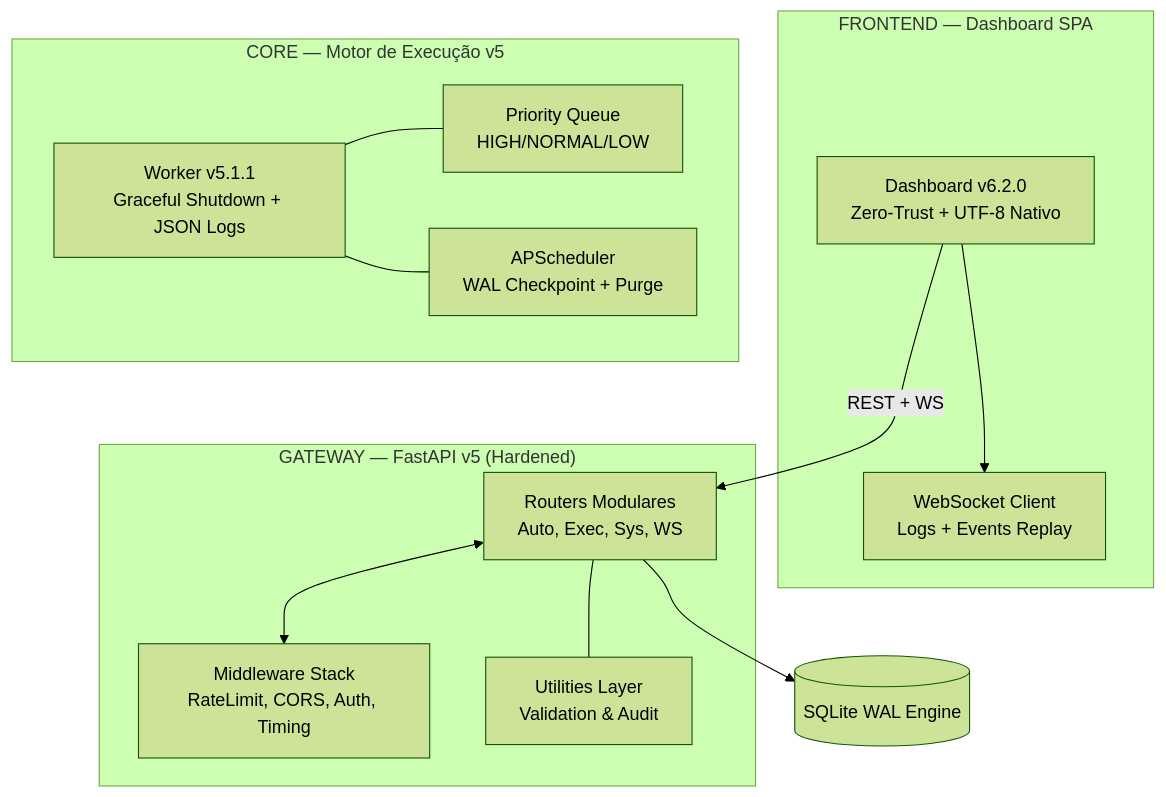
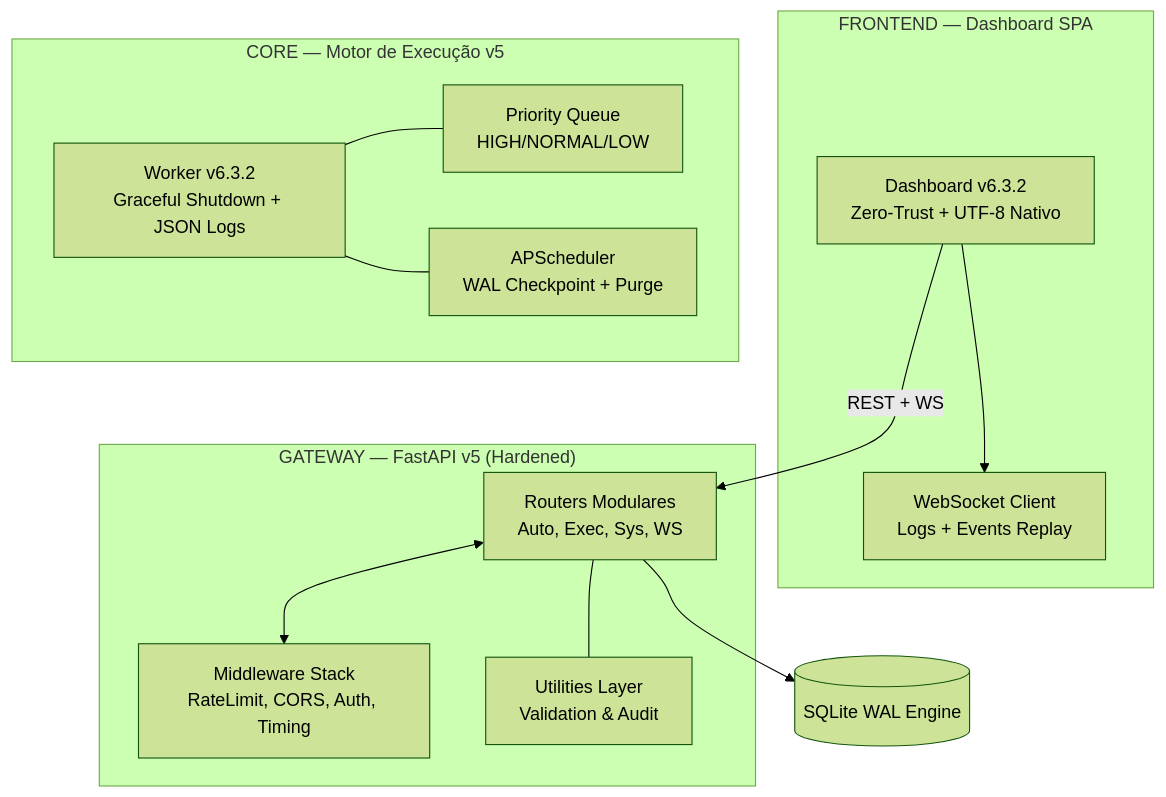
The diagram in README.md (GabrielDiasNN/Automacoes-CR), drawn with Mermaid (forest theme) before and after one commit. The commit also changed other lines of this file and 23 other files, not shown here.

````diff
--- a/README.md
+++ b/README.md
@@ -7,27 +7,27 @@
 ```mermaid
 graph TD
     subgraph "FRONTEND — Dashboard SPA"
-        UI["Dashboard v6.2.0<br/>Zero-Trust + UTF-8 Nativo"]
+        UI["Dashboard v6.3.2<br/>Zero-Trust + UTF-8 Nativo"]
         WS_CLIENT["WebSocket Client<br/>Logs + Events Replay"]
         UI --> WS_CLIENT
     end
 
     subgraph "GATEWAY — FastAPI v5 (Hardened)"
         ROUTERS["Routers Modulares<br/>Auto, Exec, Sys, WS"]
         MIDDLEWARE["Middleware Stack<br/>RateLimit, CORS, Auth, Timing"]
         UTILS["Utilities Layer<br/>Validation & Audit"]
         ROUTERS <--> MIDDLEWARE
         ROUTERS --- UTILS
     end
 
     subgraph "CORE — Motor de Execução v5"
-        WORKER["Worker v5.1.1<br/>Graceful Shutdown + JSON Logs"]
+        WORKER["Worker v6.3.2<br/>Graceful Shutdown + JSON Logs"]
         PRIORITY["Priority Queue<br/>HIGH/NORMAL/LOW"]
         SCHEDULER["APScheduler<br/>WAL Checkpoint + Purge"]
         WORKER --- PRIORITY
         WORKER --- SCHEDULER
     end
 
     UI -->|REST + WS| ROUTERS
     ROUTERS --> DB[(SQLite WAL Engine)]
 ```
````
